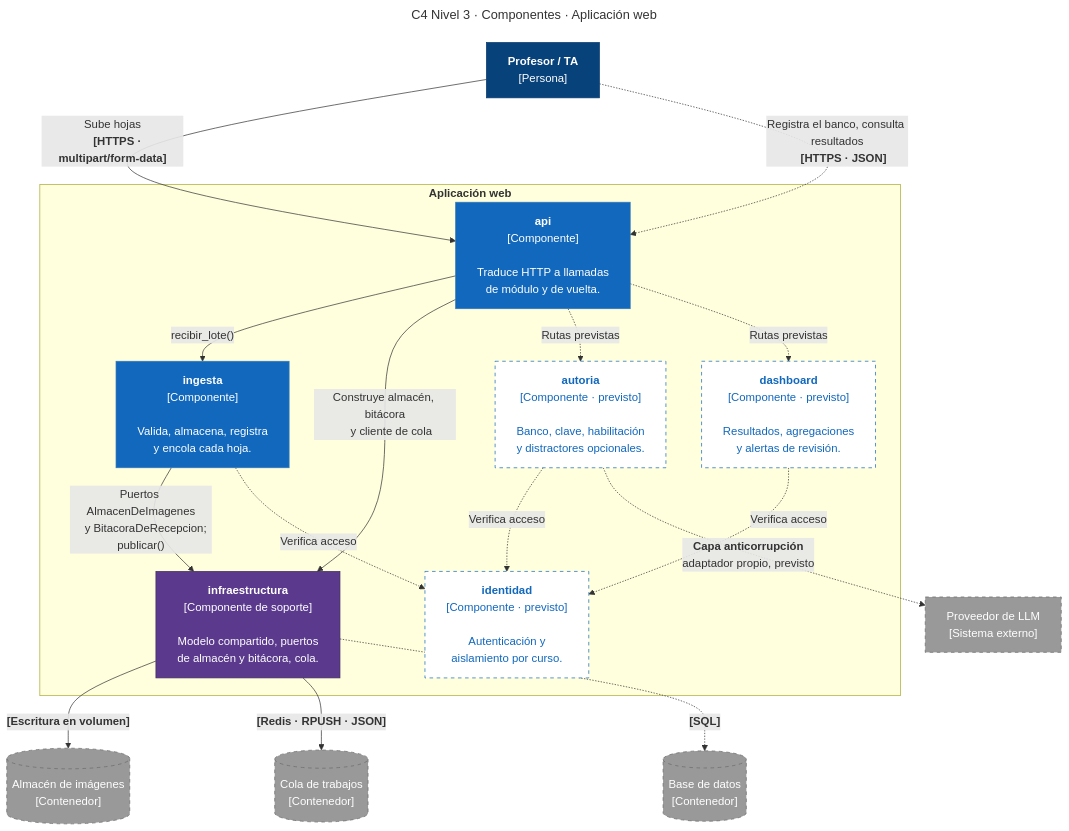
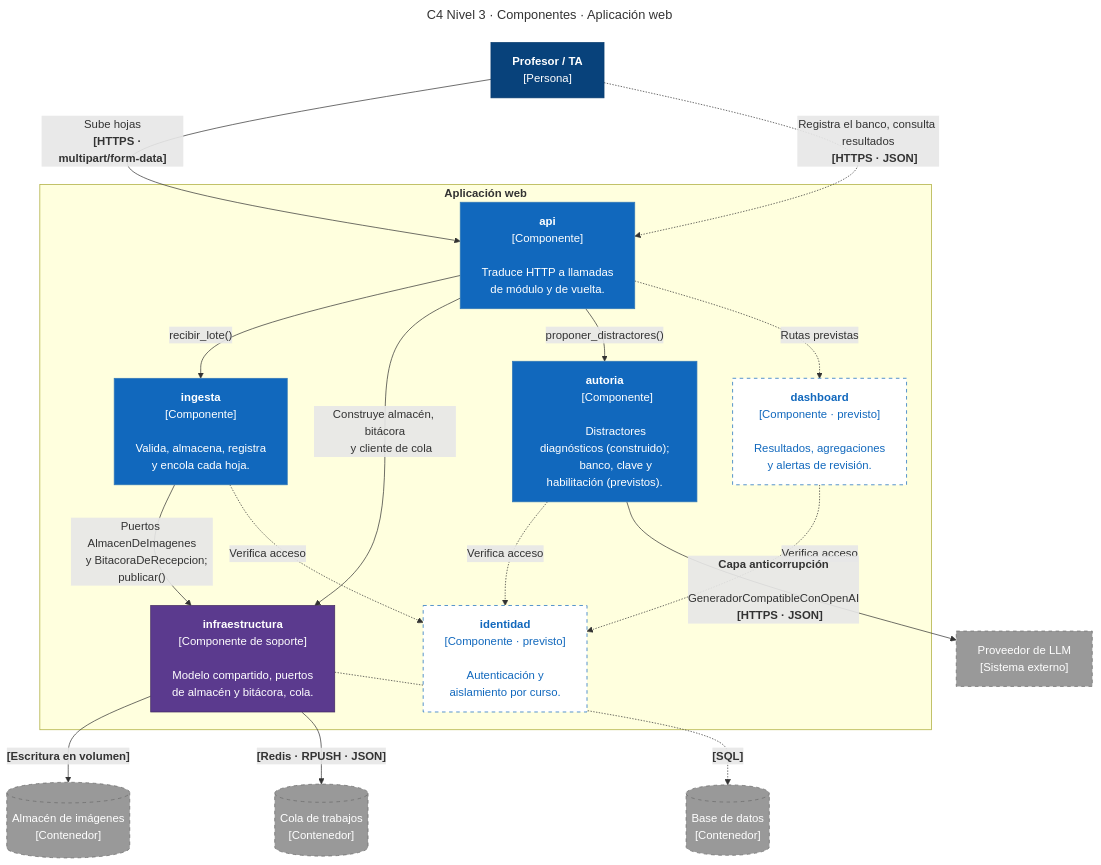
The third of 4 diagrams in docs/c4/doc-c4.md (ISCOUTB/AS_202620_Sistema-de-calificacion-automatica), drawn with Mermaid before and after one commit. The commit also changed other lines of this file, not shown here.

First line of the commit message:
confirmar el proveedor de LLM como sistema externo construido

````diff
--- a/docs/c4/doc-c4.md
+++ b/docs/c4/doc-c4.md
@@ -379,10 +373,10 @@
         y encola cada hoja."]
 
         autoria["<b>autoria</b>
-        [Componente · previsto]
+        [Componente]
 
-        Banco, clave, habilitación
-        y distractores opcionales."]
+        Distractores diagnósticos (construido);
+        banco, clave y habilitación (previstos)."]
 
         dashboard["<b>dashboard</b>
         [Componente · previsto]
@@ -420,7 +414,7 @@
     api -->|"recibir_lote()"| ingesta
     api -->|"Construye almacén, bitácora
     y cliente de cola"| infraestructura
-    api -.->|"Rutas previstas"| autoria
+    api -->|"proponer_distractores()"| autoria
     api -.->|"Rutas previstas"| dashboard
 
     ingesta -->|"Puertos AlmacenDeImagenes
@@ -433,8 +427,9 @@
     infraestructura -->|"<b>[Redis · RPUSH · JSON]</b>"| cola
     infraestructura -.->|"<b>[SQL]</b>"| db
 
-    autoria -.->|"<b>Capa anticorrupción</b>
-    adaptador propio, previsto"| llm
+    autoria -->|"<b>Capa anticorrupción</b>
+    GeneradorCompatibleConOpenAI
+    <b>[HTTPS · JSON]</b>"| llm
 
     classDef person fill:#08427B,stroke:#073B6F,color:#ffffff
     classDef component fill:#1168BD,stroke:#3379B7,color:#ffffff
@@ -443,8 +438,8 @@
     classDef external fill:#999999,stroke:#6B6B6B,color:#ffffff,stroke-dasharray: 5 5
 
     class profesor person
-    class api,ingesta component
-    class autoria,dashboard,identidad previsto
+    class api,ingesta,autoria component
+    class dashboard,identidad previsto
     class infraestructura soporte
     class imagenes,cola,db,llm external
 ```
````
